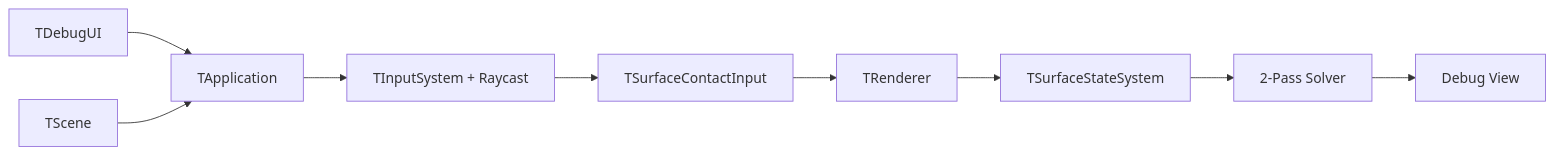
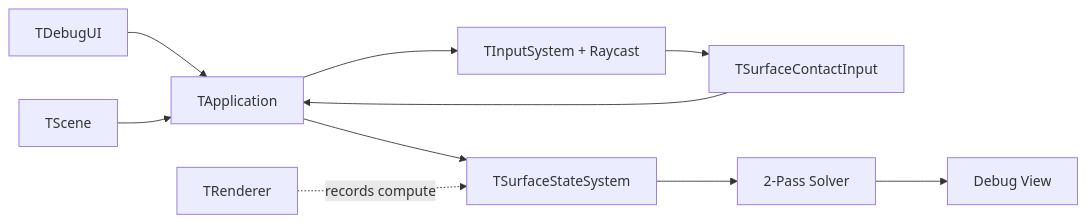
The seventh of 7 diagrams in Docs/MDSSP-Vault/04_Architecture/0001_Engine-Structure.md (Yonaim/Material-Dependent-Surface-State-Engine), drawn with Mermaid before and after one commit. The commit also changed other lines of this file and 12 other files, not shown here.

````diff
--- a/Docs/MDSSP-Vault/04_Architecture/0001_Engine-Structure.md
+++ b/Docs/MDSSP-Vault/04_Architecture/0001_Engine-Structure.md
@@ -118,11 +120,12 @@
 ```mermaid
 flowchart LR
   UI[TDebugUI] --> App[TApplication]
   Scene[TScene] --> App
   App --> Input[TInputSystem + Raycast]
   Input --> Contact[TSurfaceContactInput]
-  Contact --> Renderer[TRenderer]
-  Renderer --> Surface[TSurfaceStateSystem]
+  Contact --> App
+  App --> Surface[TSurfaceStateSystem]
+  Renderer[TRenderer] -. records compute .-> Surface
   Surface --> Solver[2-Pass Solver]
   Solver --> View[Debug View]
 ```
````
